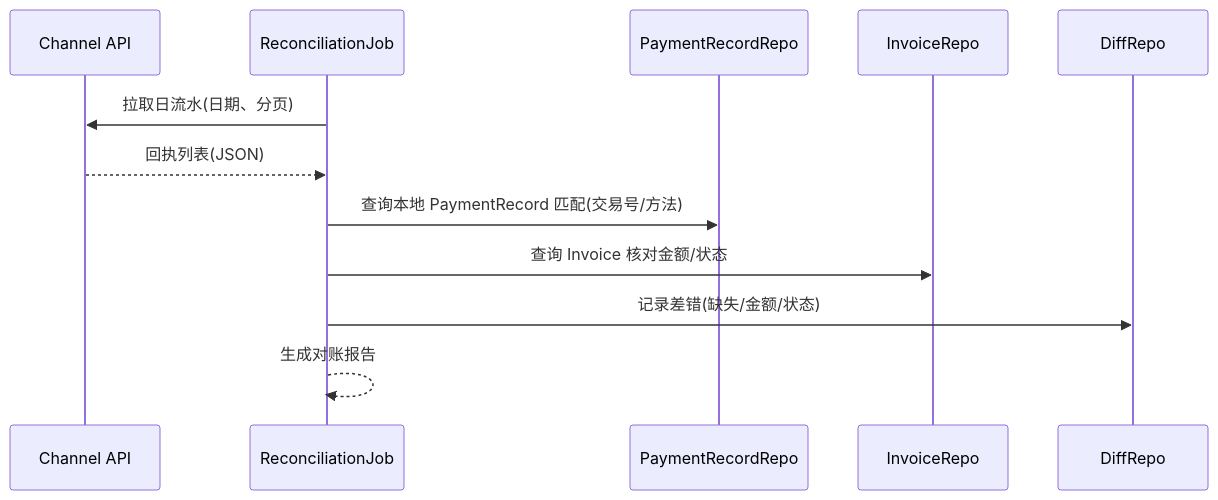
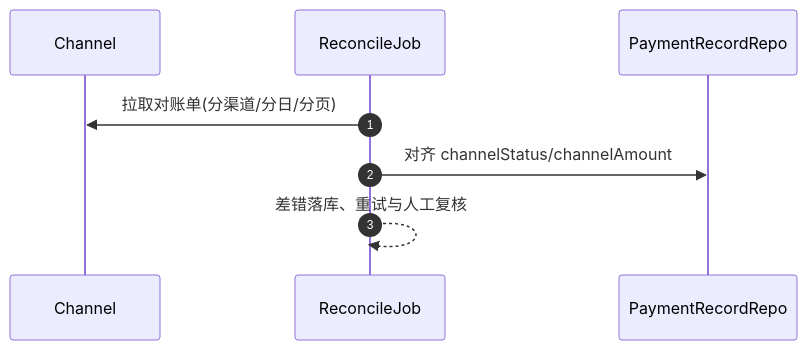
Diagram 11 of 11 in rose-backend/rose-service/rose-billing-service/docs/billing-domain-model.md (rosestack/rose-playground), drawn with Mermaid before and after one commit. The commit also changed other lines of this file and 33 other files, not shown here.

````diff
--- a/rose-backend/rose-service/rose-billing-service/docs/billing-domain-model.md
+++ b/rose-backend/rose-service/rose-billing-service/docs/billing-domain-model.md
@@ -345,15 +290,11 @@
 ```mermaid
 sequenceDiagram
-  participant CH as Channel API
-  participant RC as ReconciliationJob
+  autonumber
+  participant CH as Channel
+  participant RC as ReconcileJob
   participant PR as PaymentRecordRepo
-  participant IR as InvoiceRepo
-  participant DF as DiffRepo
 
-  RC->>CH: 拉取日流水(日期、分页)
-  CH-->>RC: 回执列表(JSON)
-  RC->>PR: 查询本地 PaymentRecord 匹配(交易号/方法)
-  RC->>IR: 查询 Invoice 核对金额/状态
-  RC->>DF: 记录差错(缺失/金额/状态)
-  RC-->>RC: 生成对账报告
+  RC->>CH: 拉取对账单(分渠道/分日/分页)
+  RC->>PR: 对齐 channelStatus/channelAmount
+  RC-->>RC: 差错落库、重试与人工复核
 ```
````
